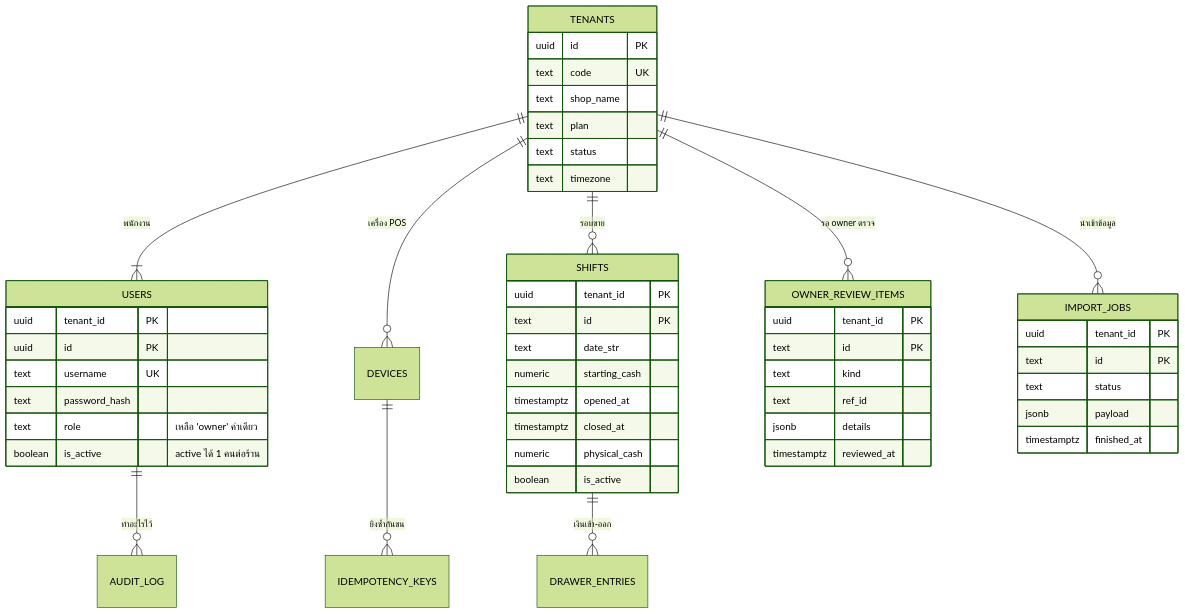
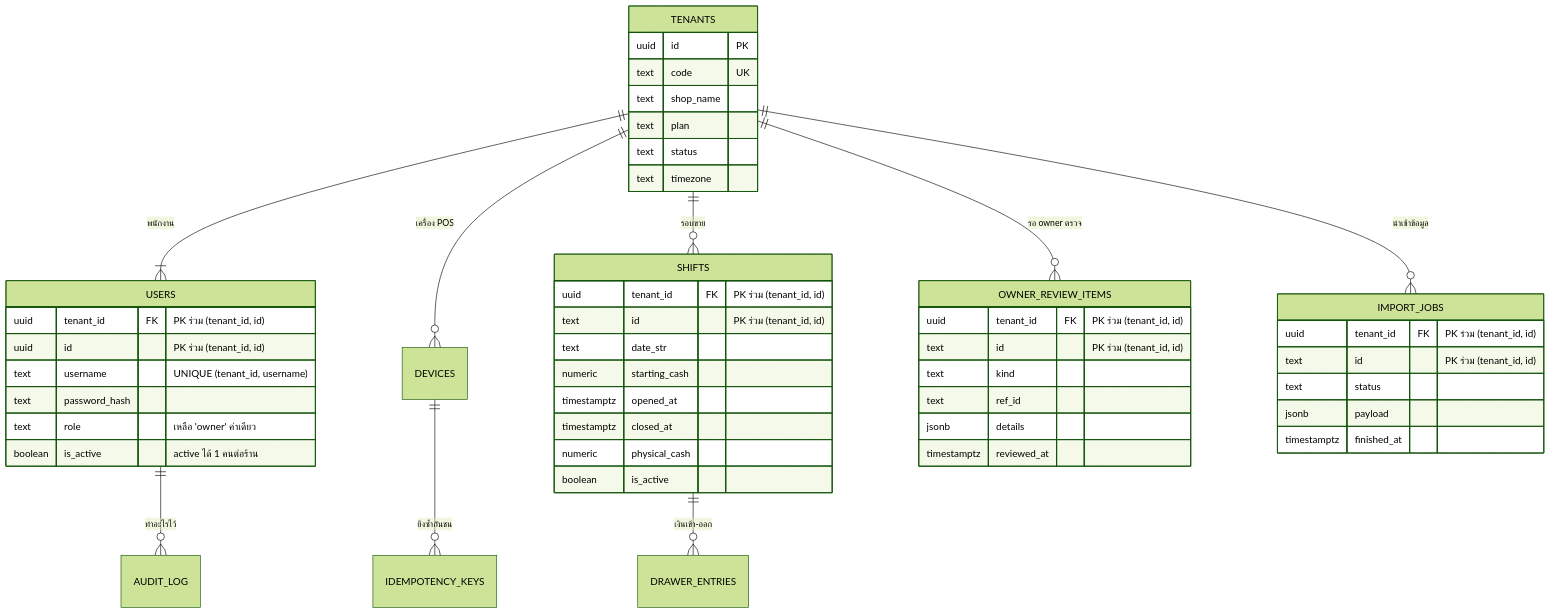
The fourth of 6 diagrams in docs/Backend_design/01_DATABASE.md (NuimanLP/srisurart-pos-flutter), drawn with Mermaid (forest theme) before and after one commit. The commit also changed other lines of this file and 1 other file, not shown here.

First line of the commit message:
docs(01_DATABASE): ER diagram เลิกติดป้าย PK สองบรรทัดกับ composite key

````diff
--- a/docs/Backend_design/01_DATABASE.md
+++ b/docs/Backend_design/01_DATABASE.md
@@ -234,53 +234,53 @@
 ```mermaid
 erDiagram
     TENANTS ||--|{ USERS : "พนักงาน"
     TENANTS ||--o{ DEVICES : "เครื่อง POS"
     TENANTS ||--o{ SHIFTS : "รอบขาย"
     SHIFTS ||--o{ DRAWER_ENTRIES : "เงินเข้า-ออก"
     USERS ||--o{ AUDIT_LOG : "ทำอะไรไว้"
     DEVICES ||--o{ IDEMPOTENCY_KEYS : "ยิงซ้ำกันชน"
     TENANTS ||--o{ OWNER_REVIEW_ITEMS : "รอ owner ตรวจ"
     TENANTS ||--o{ IMPORT_JOBS : "นำเข้าข้อมูล"
 
     TENANTS {
         uuid id PK
         text code UK
         text shop_name
         text plan
         text status
         text timezone
     }
     USERS {
-        uuid tenant_id PK
-        uuid id PK
-        text username UK
+        uuid tenant_id FK "PK ร่วม (tenant_id, id)"
+        uuid id "PK ร่วม (tenant_id, id)"
+        text username "UNIQUE (tenant_id, username)"
         text password_hash
         text role "เหลือ 'owner' ค่าเดียว"
         boolean is_active "active ได้ 1 คนต่อร้าน"
     }
     SHIFTS {
-        uuid tenant_id PK
-        text id PK
+        uuid tenant_id FK "PK ร่วม (tenant_id, id)"
+        text id "PK ร่วม (tenant_id, id)"
         text date_str
         numeric starting_cash
         timestamptz opened_at
         timestamptz closed_at
         numeric physical_cash
         boolean is_active
     }
     OWNER_REVIEW_ITEMS {
-        uuid tenant_id PK
-        text id PK
+        uuid tenant_id FK "PK ร่วม (tenant_id, id)"
+        text id "PK ร่วม (tenant_id, id)"
         text kind
         text ref_id
         jsonb details
         timestamptz reviewed_at
     }
     IMPORT_JOBS {
-        uuid tenant_id PK
-        text id PK
+        uuid tenant_id FK "PK ร่วม (tenant_id, id)"
+        text id "PK ร่วม (tenant_id, id)"
         text status
         jsonb payload
         timestamptz finished_at
     }
 ```
````
